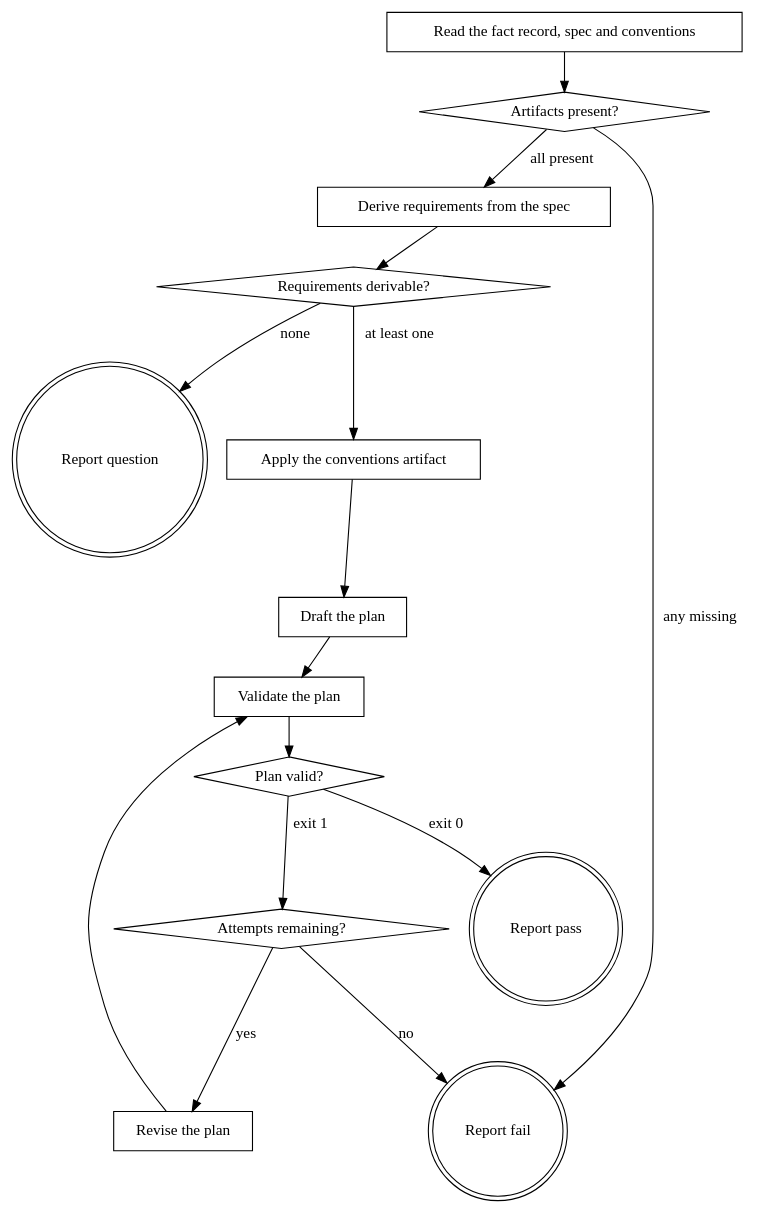
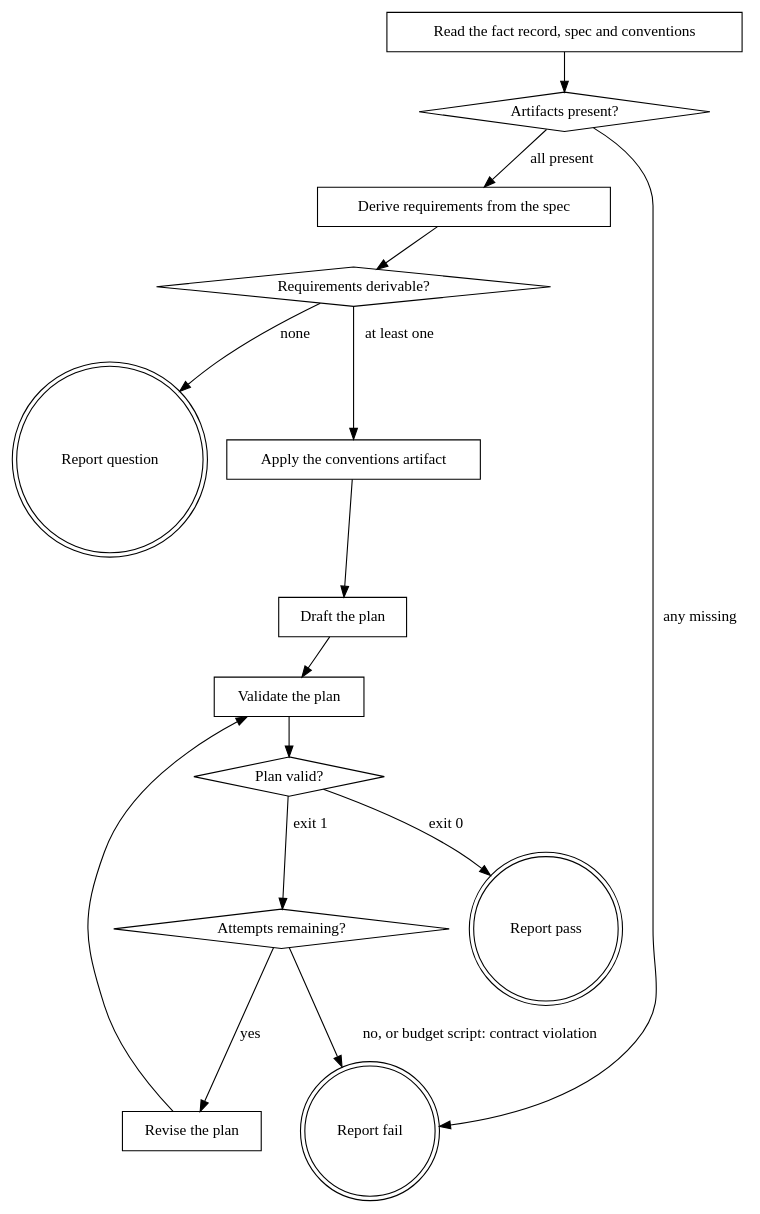
The diagram in plugins/eds/skills/eds-plan/SKILL.md (agenticDraft/aem-eds-ai-workflow-demo), drawn with Graphviz before and after one commit. The commit also changed other lines of this file and 1 other file, not shown here.

````diff
--- a/plugins/eds/skills/eds-plan/SKILL.md
+++ b/plugins/eds/skills/eds-plan/SKILL.md
@@ -32,32 +34,32 @@
 ```dot
 digraph eds_plan {
     "Read the fact record, spec and conventions" [shape=box];
     "Artifacts present?" [shape=diamond];
     "Derive requirements from the spec" [shape=box];
     "Requirements derivable?" [shape=diamond];
     "Apply the conventions artifact" [shape=box];
     "Draft the plan" [shape=box];
     "Validate the plan" [shape=box];
     "Plan valid?" [shape=diamond];
     "Attempts remaining?" [shape=diamond];
     "Revise the plan" [shape=box];
     "Report fail" [shape=doublecircle];
     "Report pass" [shape=doublecircle];
     "Report question" [shape=doublecircle];
 
     "Read the fact record, spec and conventions" -> "Artifacts present?";
     "Artifacts present?" -> "Derive requirements from the spec" [label="all present"];
     "Artifacts present?" -> "Report fail" [label="any missing"];
     "Derive requirements from the spec" -> "Requirements derivable?";
     "Requirements derivable?" -> "Apply the conventions artifact" [label="at least one"];
     "Requirements derivable?" -> "Report question" [label="none"];
     "Apply the conventions artifact" -> "Draft the plan";
     "Draft the plan" -> "Validate the plan";
     "Validate the plan" -> "Plan valid?";
     "Plan valid?" -> "Report pass" [label="exit 0"];
     "Plan valid?" -> "Attempts remaining?" [label="exit 1"];
     "Attempts remaining?" -> "Revise the plan" [label="yes"];
-    "Attempts remaining?" -> "Report fail" [label="no"];
+    "Attempts remaining?" -> "Report fail" [label="no, or budget script: contract violation"];
     "Revise the plan" -> "Validate the plan";
 }
 ```
````
